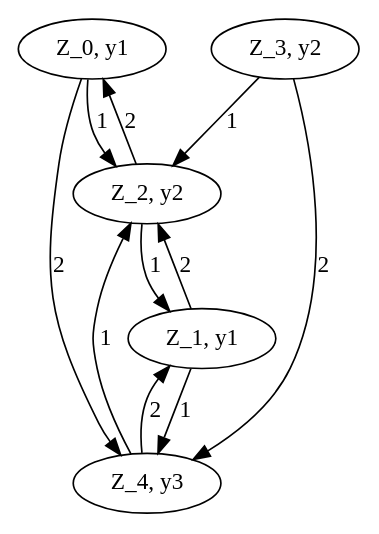
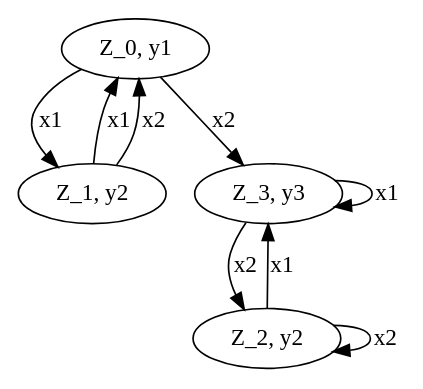
Before and after one commit to ondrosru/TAIFIY: the diagram in MinimizationAutomat/MinimizationAutomat/out_moore.dot, drawn with Graphviz. The commit also changed 19 other files, not shown here.

```diff
--- a/MinimizationAutomat/MinimizationAutomat/out_moore.dot
+++ b/MinimizationAutomat/MinimizationAutomat/out_moore.dot
@@ -1,17 +1,14 @@
 digraph G {
 "Z_0, y1";
-"Z_1, y1";
+"Z_1, y2";
 "Z_2, y2";
-"Z_3, y2";
-"Z_4, y3";
-"Z_0, y1" -> "Z_2, y2" [label="1"];
-"Z_0, y1" -> "Z_4, y3" [label="2"];
-"Z_1, y1" -> "Z_2, y2" [label="2"];
-"Z_1, y1" -> "Z_4, y3" [label="1"];
-"Z_2, y2" -> "Z_0, y1" [label="2"];
-"Z_2, y2" -> "Z_1, y1" [label="1"];
-"Z_3, y2" -> "Z_2, y2" [label="1"];
-"Z_3, y2" -> "Z_4, y3" [label="2"];
-"Z_4, y3" -> "Z_1, y1" [label="2"];
-"Z_4, y3" -> "Z_2, y2" [label="1"];
+"Z_3, y3";
+"Z_0, y1" -> "Z_1, y2" [label="x1"];
+"Z_0, y1" -> "Z_3, y3" [label="x2"];
+"Z_1, y2" -> "Z_0, y1" [label="x1"];
+"Z_1, y2" -> "Z_0, y1" [label="x2"];
+"Z_2, y2" -> "Z_2, y2" [label="x2"];
+"Z_2, y2" -> "Z_3, y3" [label="x1"];
+"Z_3, y3" -> "Z_2, y2" [label="x2"];
+"Z_3, y3" -> "Z_3, y3" [label="x1"];
 }
```
